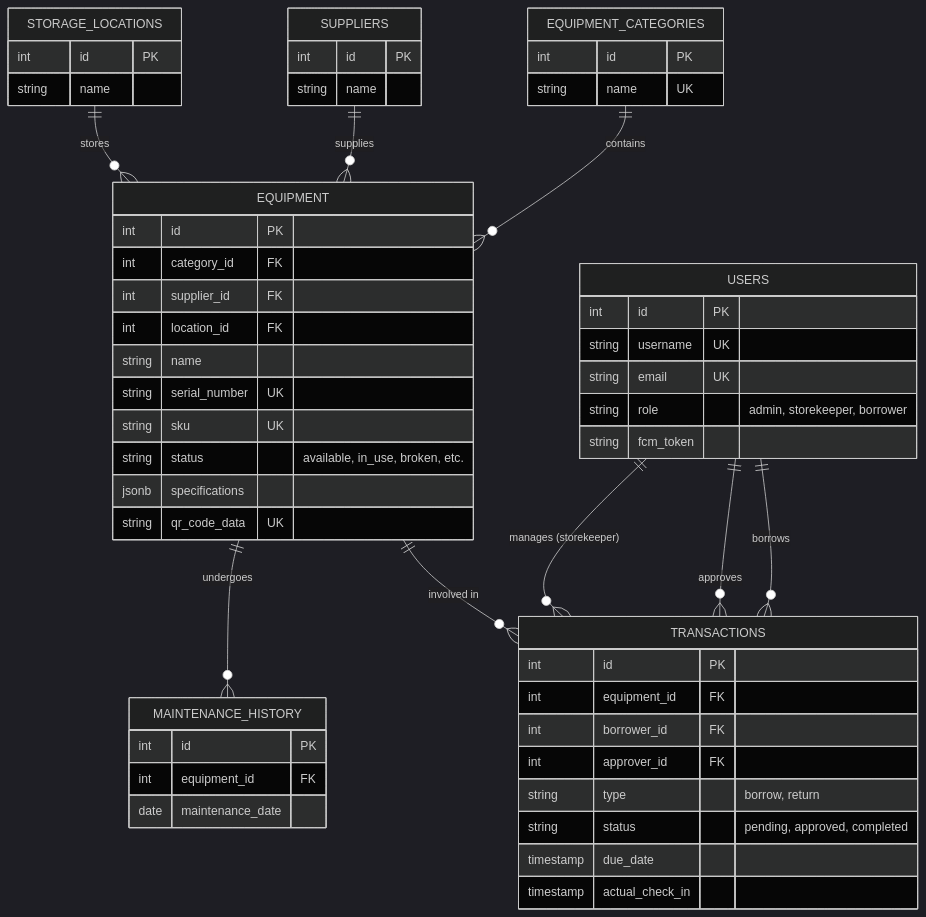
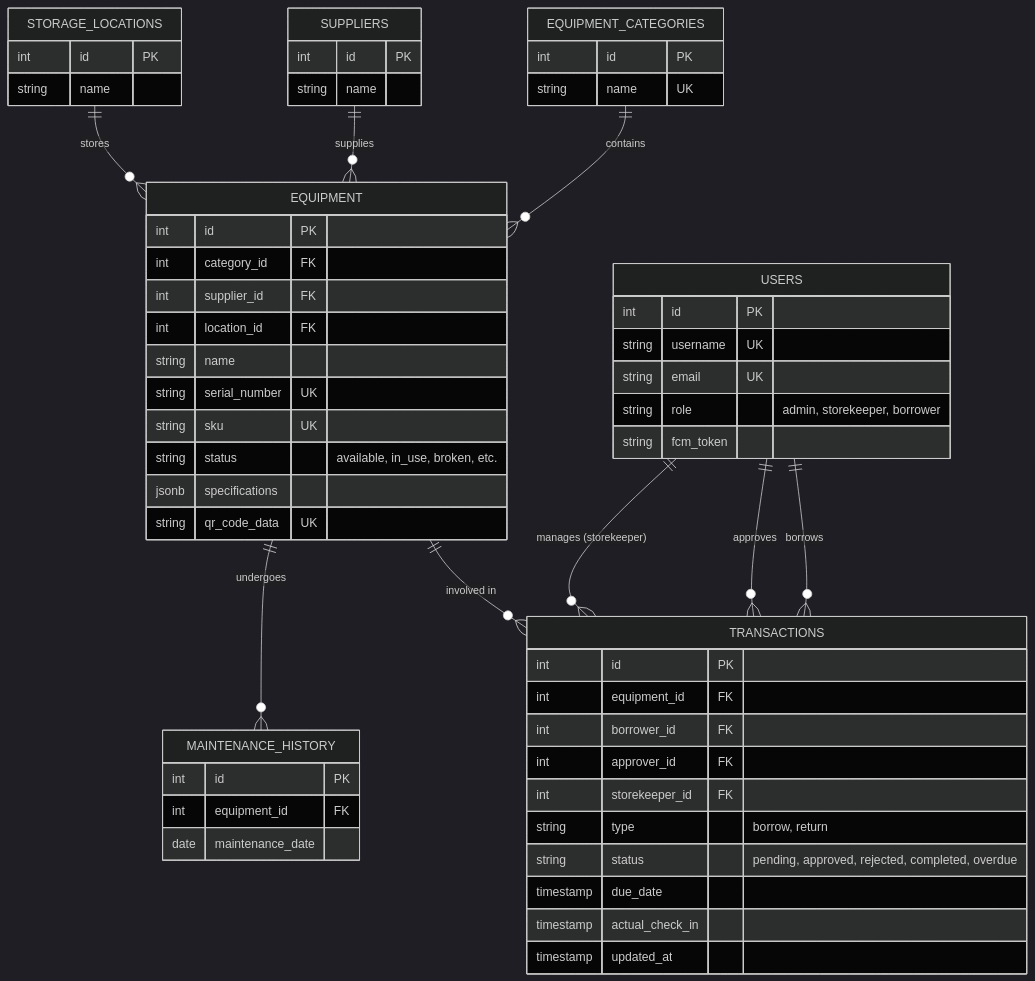
Before and after one commit to Nor262/RIPT1307-04-2026-Nhom05-KTHP: the fifth of 5 diagrams in SRS.md, drawn with Mermaid (dark theme). The commit also changed other lines of this file and 24 other files, not shown here.

````diff
--- a/SRS.md
+++ b/SRS.md
@@ -254,58 +254,60 @@
 ```mermaid
 erDiagram
     EQUIPMENT_CATEGORIES ||--o{ EQUIPMENT : "contains"
     SUPPLIERS ||--o{ EQUIPMENT : "supplies"
     STORAGE_LOCATIONS ||--o{ EQUIPMENT : "stores"
     EQUIPMENT ||--o{ TRANSACTIONS : "involved in"
     USERS ||--o{ TRANSACTIONS : "borrows"
     USERS ||--o{ TRANSACTIONS : "approves"
     USERS ||--o{ TRANSACTIONS : "manages (storekeeper)"
     EQUIPMENT ||--o{ MAINTENANCE_HISTORY : "undergoes"
 
     EQUIPMENT {
         int id PK
         int category_id FK
         int supplier_id FK
         int location_id FK
         string name
         string serial_number UK
         string sku UK
         string status "available, in_use, broken, etc."
         jsonb specifications
         string qr_code_data UK
     }
     USERS {
         int id PK
         string username UK
         string email UK
         string role "admin, storekeeper, borrower"
         string fcm_token
     }
     TRANSACTIONS {
         int id PK
         int equipment_id FK
         int borrower_id FK
         int approver_id FK
+        int storekeeper_id FK
         string type "borrow, return"
-        string status "pending, approved, completed"
+        string status "pending, approved, rejected, completed, overdue"
         timestamp due_date
         timestamp actual_check_in
+        timestamp updated_at
     }
     EQUIPMENT_CATEGORIES {
         int id PK
         string name UK
     }
     SUPPLIERS {
         int id PK
         string name
     }
     STORAGE_LOCATIONS {
         int id PK
         string name
     }
     MAINTENANCE_HISTORY {
         int id PK
         int equipment_id FK
         date maintenance_date
     }
 ```
````
